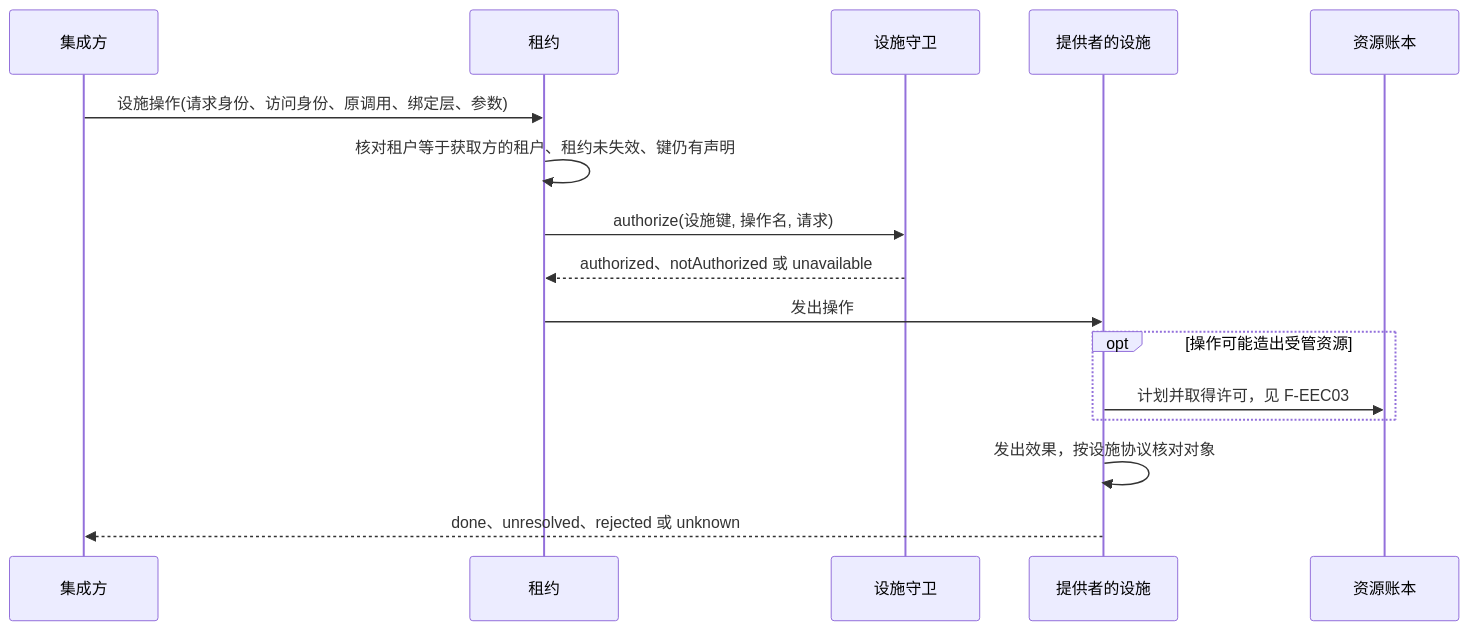
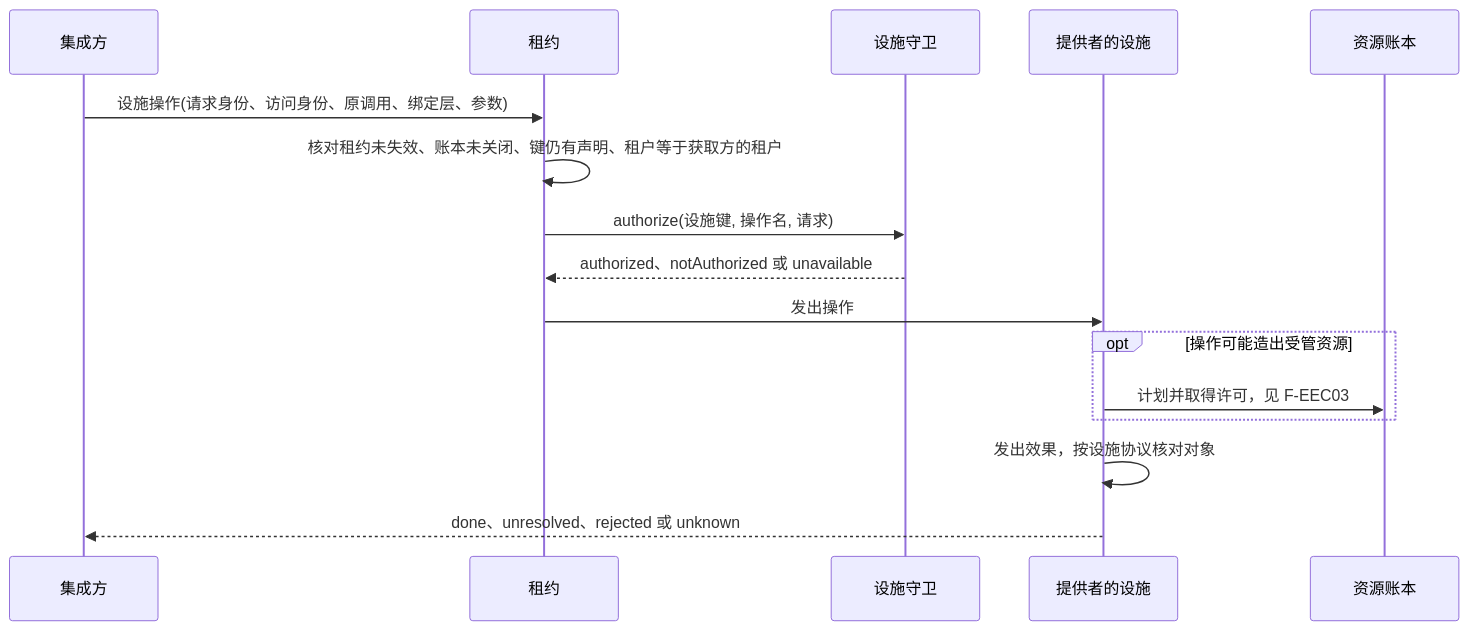
One commit to nemori-ai/omne-harness-lite changed the second of 6 diagrams in packages/execution/execution-environment-contract/docs/flows.md. Above: the diagram before and after it, drawn with Mermaid. The commit also changed other lines of this file and 50 other files, not shown here.

````diff
--- a/packages/execution/execution-environment-contract/docs/flows.md
+++ b/packages/execution/execution-environment-contract/docs/flows.md
@@ -56,18 +56,18 @@
 ```mermaid
 sequenceDiagram
   participant I as 集成方
   participant L as 租约
   participant G as 设施守卫
   participant P as 提供者的设施
   participant R as 资源账本
   I->>L: 设施操作(请求身份、访问身份、原调用、绑定层、参数)
-  L->>L: 核对租户等于获取方的租户、租约未失效、键仍有声明
+  L->>L: 核对租约未失效、账本未关闭、键仍有声明、租户等于获取方的租户
   L->>G: authorize(设施键, 操作名, 请求)
   G-->>L: authorized、notAuthorized 或 unavailable
   L->>P: 发出操作
   opt 操作可能造出受管资源
     P->>R: 计划并取得许可，见 F-EEC03
   end
   P->>P: 发出效果，按设施协议核对对象
   P-->>I: done、unresolved、rejected 或 unknown
 ```
````
